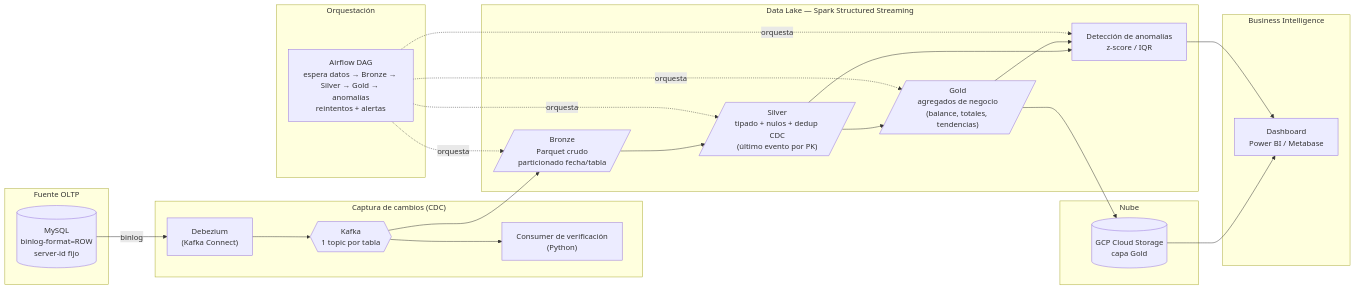
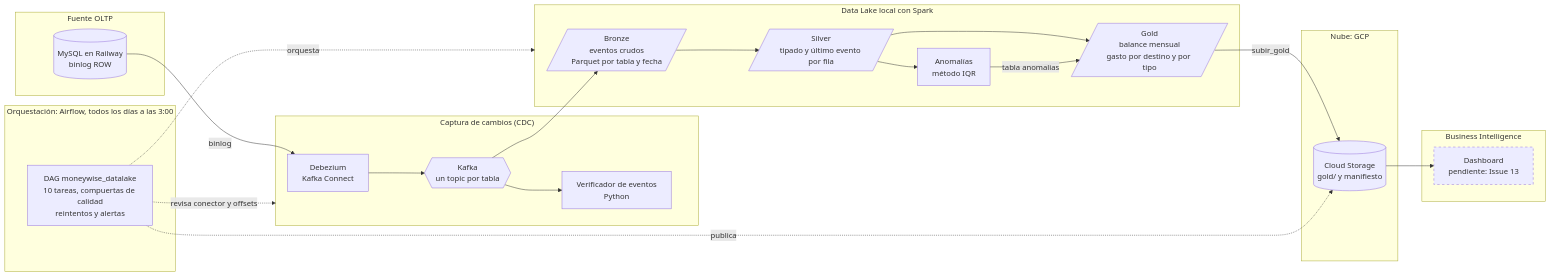
Before and after one commit to dodamivid/MoneyWise-DataLake: the diagram in README.md, drawn with Mermaid. The commit also changed other lines of this file and 6 other files, not shown here.

Commit message:
docs: arquitectura, diagrama actualizado y guía de ejecución local

````diff
--- a/README.md
+++ b/README.md
@@ -17,43 +17,43 @@
 ```mermaid
 flowchart LR
-    subgraph OLTP["Fuente OLTP"]
-        MYSQL[("MySQL<br/>binlog-format=ROW<br/>server-id fijo")]
+    subgraph FUENTE["Fuente OLTP"]
+        RAILWAY[("MySQL en Railway<br/>binlog ROW")]
     end
 
     subgraph CDC["Captura de cambios (CDC)"]
-        DBZ["Debezium<br/>(Kafka Connect)"]
-        KAFKA{{"Kafka<br/>1 topic por tabla"}}
-        VERIFY["Consumer de verificación<br/>(Python)"]
+        DBZ["Debezium<br/>Kafka Connect"]
+        KAFKA{{"Kafka<br/>un topic por tabla"}}
+        VERIFY["Verificador de eventos<br/>Python"]
     end
 
-    subgraph LAKE["Data Lake — Spark Structured Streaming"]
-        BRONZE[/"Bronze<br/>Parquet crudo<br/>particionado fecha/tabla"/]
-        SILVER[/"Silver<br/>tipado + nulos + dedup CDC<br/>(último evento por PK)"/]
-        GOLD[/"Gold<br/>agregados de negocio<br/>(balance, totales, tendencias)"/]
-        ANOM["Detección de anomalías<br/>z-score / IQR"]
+    subgraph LAKE["Data Lake local con Spark"]
+        BRONZE[/"Bronze<br/>eventos crudos<br/>Parquet por tabla y fecha"/]
+        SILVER[/"Silver<br/>tipado y último evento por fila"/]
+        GOLD[/"Gold<br/>balance mensual<br/>gasto por destino y por tipo"/]
+        ANOM["Anomalías<br/>método IQR"]
     end
 
-    subgraph ORCH["Orquestación"]
-        AIRFLOW["Airflow DAG<br/>espera datos → Bronze → Silver → Gold → anomalías<br/>reintentos + alertas"]
+    subgraph ORQ["Orquestación: Airflow, todos los días a las 3:00"]
+        AIRFLOW["DAG moneywise_datalake<br/>10 tareas, compuertas de calidad<br/>reintentos y alertas"]
     end
 
-    subgraph CLOUD["Nube"]
-        GCS[("GCP Cloud Storage<br/>capa Gold")]
+    subgraph NUBE["Nube: GCP"]
+        GCS[("Cloud Storage<br/>gold/ y manifiesto")]
     end
 
-    subgraph BIZ["Business Intelligence"]
-        DASH["Dashboard<br/>Power BI / Metabase"]
+    subgraph BI["Business Intelligence"]
+        DASH["Dashboard<br/>pendiente: Issue 13"]
     end
 
-    MYSQL -->|binlog| DBZ --> KAFKA
+    RAILWAY -->|binlog| DBZ --> KAFKA
     KAFKA --> VERIFY
     KAFKA --> BRONZE --> SILVER --> GOLD
-    SILVER --> ANOM
-    GOLD --> ANOM
-    AIRFLOW -.orquesta.-> BRONZE
-    AIRFLOW -.orquesta.-> SILVER
-    AIRFLOW -.orquesta.-> GOLD
-    AIRFLOW -.orquesta.-> ANOM
-    GOLD --> GCS --> DASH
-    ANOM --> DASH
+    SILVER --> ANOM -->|tabla anomalias| GOLD
+    GOLD -->|subir_gold| GCS --> DASH
+    AIRFLOW -.->|revisa conector y offsets| CDC
+    AIRFLOW -.->|orquesta| LAKE
+    AIRFLOW -.->|publica| GCS
+
+    classDef pendiente stroke-dasharray: 5 5
+    class DASH pendiente
 ```
````
